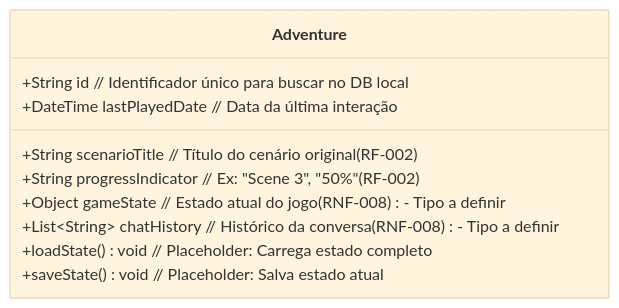
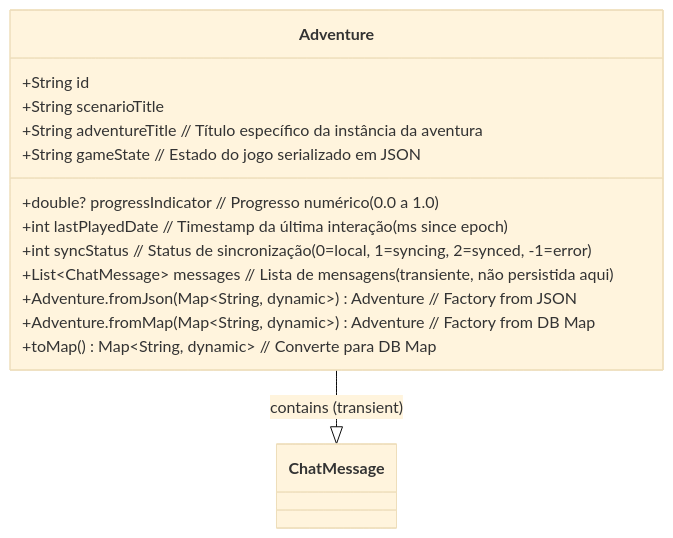
Before and after one commit to MarcosVeniciu/IA-Master: the diagram in docs/uml_diagram/main-screen/ia-master-adventure.md, drawn with Mermaid (base theme). The commit also changed other lines of this file and 52 other files, not shown here.

First line of the commit message:
A main-screen e a splash-screen estão prontas

````diff
--- a/docs/uml_diagram/main-screen/ia-master-adventure.md
+++ b/docs/uml_diagram/main-screen/ia-master-adventure.md
@@ -7,17 +7,20 @@
 ```mermaid
 classDiagram
     class Adventure {
-        +String id  // Identificador único para buscar no DB local
-        +String scenarioTitle // Título do cenário original (RF-002)
-        +String progressIndicator // Ex: "Scene 3", "50%" (RF-002)
-        +Object gameState // Estado atual do jogo (RNF-008) - Tipo a definir
-        +List~String~ chatHistory // Histórico da conversa (RNF-008) - Tipo a definir
-        +DateTime lastPlayedDate // Data da última interação
-        +loadState() void // Placeholder: Carrega estado completo
-        +saveState() void // Placeholder: Salva estado atual
+        +String id
+        +String scenarioTitle
+        +String adventureTitle // Título específico da instância da aventura
+        +double? progressIndicator // Progresso numérico (0.0 a 1.0)
+        +String gameState // Estado do jogo serializado em JSON
+        +int lastPlayedDate // Timestamp da última interação (ms since epoch)
+        +int syncStatus // Status de sincronização (0=local, 1=syncing, 2=synced, -1=error)
+        +List~ChatMessage~ messages // Lista de mensagens (transiente, não persistida aqui)
+        +Adventure.fromJson(Map~String, dynamic~) Adventure // Factory from JSON
+        +Adventure.fromMap(Map~String, dynamic~) Adventure // Factory from DB Map
+        +toMap() Map~String, dynamic~ // Converte para DB Map
     }
-    %% Nota: Uma Adventure é baseada em um Scenario (definido separadamente).
-    %% Para a Main Screen, apenas o scenarioTitle é diretamente necessário.
+    Adventure --|> ChatMessage : contains (transient)
+    %% Nota: Uma Adventure é baseada em um Scenario.
     %% Adventure ..> Scenario : (based on)
 
 ```
````
